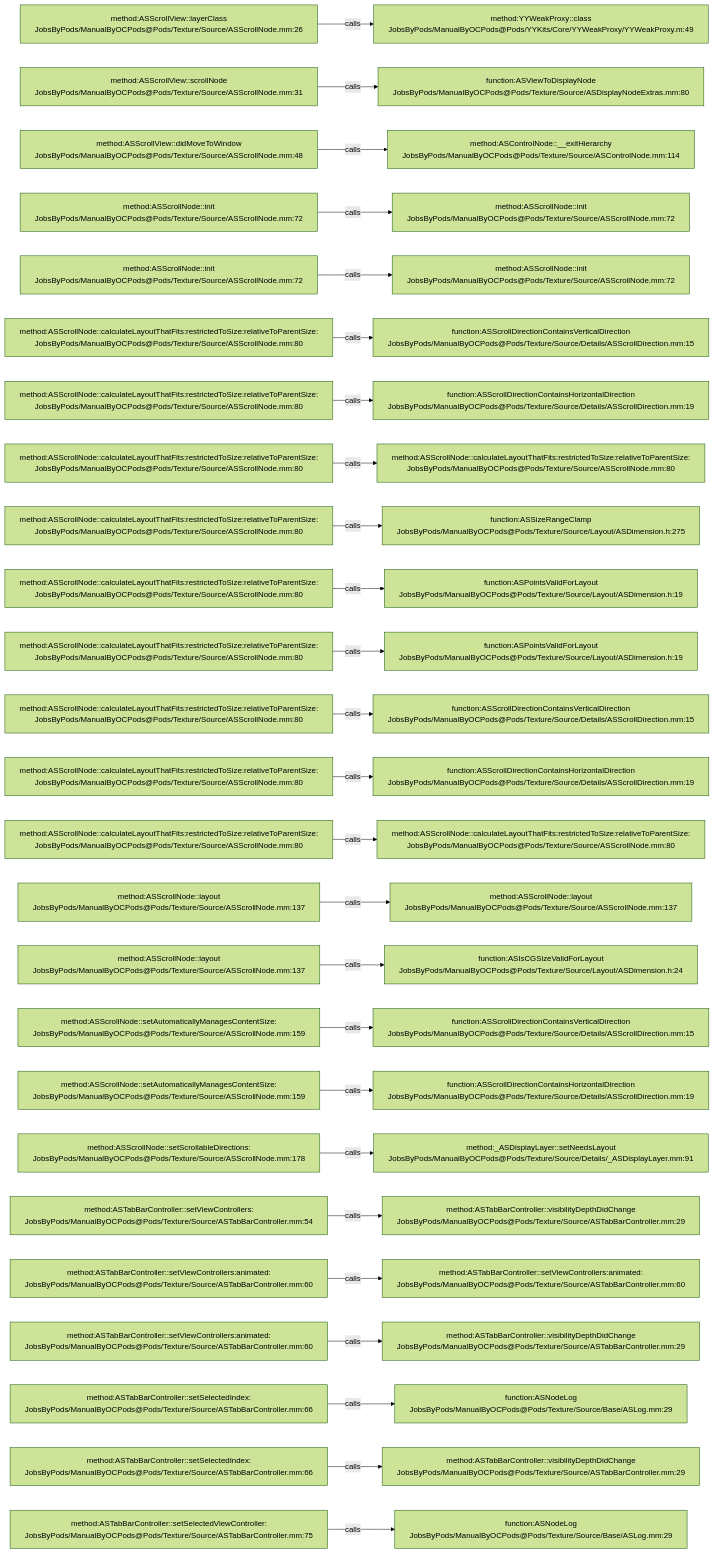
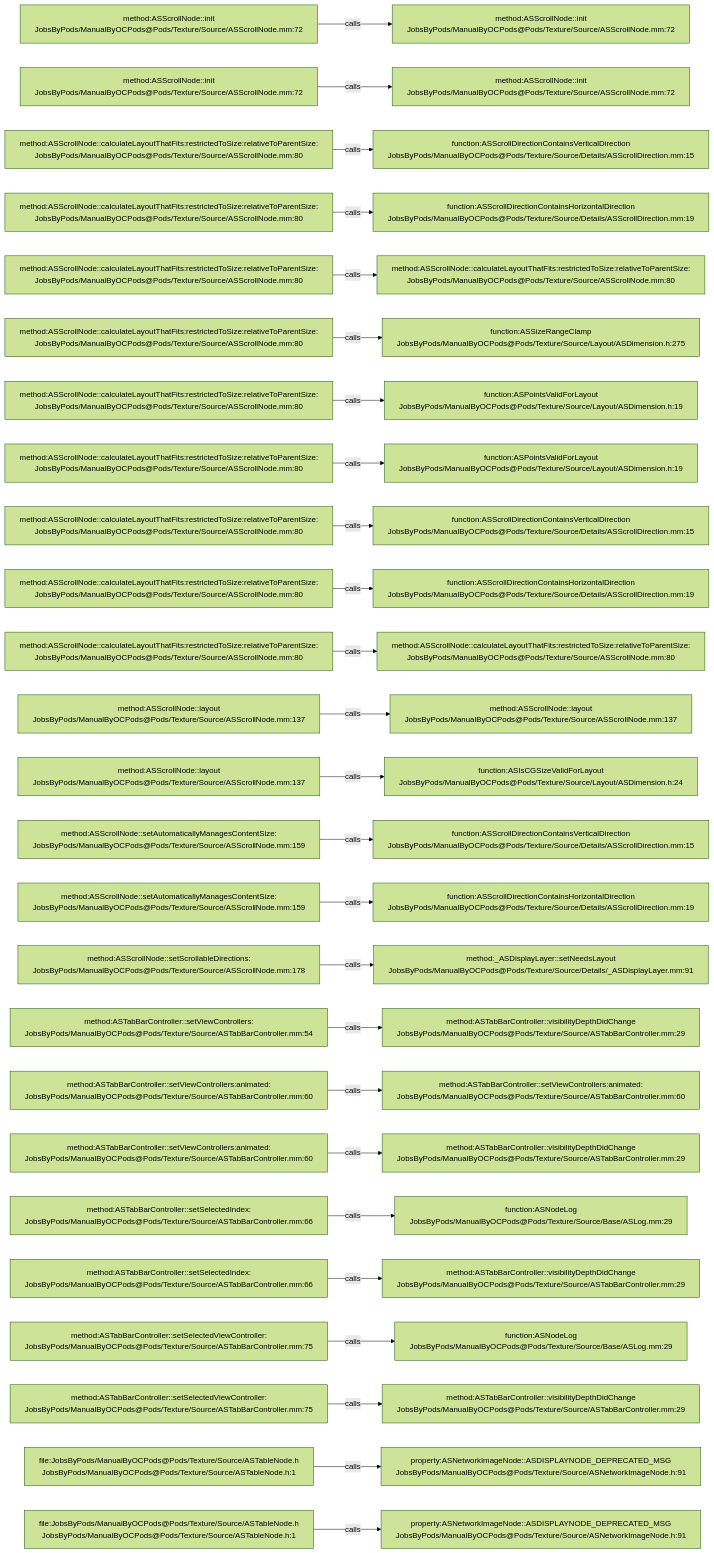
Before and after one commit to JobsKits/JobsOCBaseConfigDemo: the diagram in .codegraph/codegraph.md/graphs/calls-123.md, drawn with Mermaid (forest theme). The commit also changed 342 other files, not shown here.

````diff
--- a/.codegraph/codegraph.md/graphs/calls-123.md
+++ b/.codegraph/codegraph.md/graphs/calls-123.md
@@ -13,78 +13,78 @@
 ```mermaid
 flowchart LR
-  S1["method:ASScrollView::layerClass<br/>JobsByPods/ManualByOCPods@Pods/Texture/Source/ASScrollNode.mm:26"]
-  T1["method:YYWeakProxy::class<br/>JobsByPods/ManualByOCPods@Pods/YYKits/Core/YYWeakProxy/YYWeakProxy.m:49"]
+  S1["method:ASScrollNode::init<br/>JobsByPods/ManualByOCPods@Pods/Texture/Source/ASScrollNode.mm:72"]
+  T1["method:ASScrollNode::init<br/>JobsByPods/ManualByOCPods@Pods/Texture/Source/ASScrollNode.mm:72"]
   S1 -->|calls| T1
-  S2["method:ASScrollView::scrollNode<br/>JobsByPods/ManualByOCPods@Pods/Texture/Source/ASScrollNode.mm:31"]
-  T2["function:ASViewToDisplayNode<br/>JobsByPods/ManualByOCPods@Pods/Texture/Source/ASDisplayNodeExtras.mm:80"]
+  S2["method:ASScrollNode::init<br/>JobsByPods/ManualByOCPods@Pods/Texture/Source/ASScrollNode.mm:72"]
+  T2["method:ASScrollNode::init<br/>JobsByPods/ManualByOCPods@Pods/Texture/Source/ASScrollNode.mm:72"]
   S2 -->|calls| T2
-  S3["method:ASScrollView::didMoveToWindow<br/>JobsByPods/ManualByOCPods@Pods/Texture/Source/ASScrollNode.mm:48"]
-  T3["method:ASControlNode::__exitHierarchy<br/>JobsByPods/ManualByOCPods@Pods/Texture/Source/ASControlNode.mm:114"]
+  S3["method:ASScrollNode::calculateLayoutThatFits:restrictedToSize:relativeToParentSize:<br/>JobsByPods/ManualByOCPods@Pods/Texture/Source/ASScrollNode.mm:80"]
+  T3["function:ASScrollDirectionContainsVerticalDirection<br/>JobsByPods/ManualByOCPods@Pods/Texture/Source/Details/ASScrollDirection.mm:15"]
   S3 -->|calls| T3
-  S4["method:ASScrollNode::init<br/>JobsByPods/ManualByOCPods@Pods/Texture/Source/ASScrollNode.mm:72"]
-  T4["method:ASScrollNode::init<br/>JobsByPods/ManualByOCPods@Pods/Texture/Source/ASScrollNode.mm:72"]
+  S4["method:ASScrollNode::calculateLayoutThatFits:restrictedToSize:relativeToParentSize:<br/>JobsByPods/ManualByOCPods@Pods/Texture/Source/ASScrollNode.mm:80"]
+  T4["function:ASScrollDirectionContainsHorizontalDirection<br/>JobsByPods/ManualByOCPods@Pods/Texture/Source/Details/ASScrollDirection.mm:19"]
   S4 -->|calls| T4
-  S5["method:ASScrollNode::init<br/>JobsByPods/ManualByOCPods@Pods/Texture/Source/ASScrollNode.mm:72"]
-  T5["method:ASScrollNode::init<br/>JobsByPods/ManualByOCPods@Pods/Texture/Source/ASScrollNode.mm:72"]
+  S5["method:ASScrollNode::calculateLayoutThatFits:restrictedToSize:relativeToParentSize:<br/>JobsByPods/ManualByOCPods@Pods/Texture/Source/ASScrollNode.mm:80"]
+  T5["method:ASScrollNode::calculateLayoutThatFits:restrictedToSize:relativeToParentSize:<br/>JobsByPods/ManualByOCPods@Pods/Texture/Source/ASScrollNode.mm:80"]
   S5 -->|calls| T5
   S6["method:ASScrollNode::calculateLayoutThatFits:restrictedToSize:relativeToParentSize:<br/>JobsByPods/ManualByOCPods@Pods/Texture/Source/ASScrollNode.mm:80"]
-  T6["function:ASScrollDirectionContainsVerticalDirection<br/>JobsByPods/ManualByOCPods@Pods/Texture/Source/Details/ASScrollDirection.mm:15"]
+  T6["function:ASSizeRangeClamp<br/>JobsByPods/ManualByOCPods@Pods/Texture/Source/Layout/ASDimension.h:275"]
   S6 -->|calls| T6
   S7["method:ASScrollNode::calculateLayoutThatFits:restrictedToSize:relativeToParentSize:<br/>JobsByPods/ManualByOCPods@Pods/Texture/Source/ASScrollNode.mm:80"]
-  T7["function:ASScrollDirectionContainsHorizontalDirection<br/>JobsByPods/ManualByOCPods@Pods/Texture/Source/Details/ASScrollDirection.mm:19"]
+  T7["function:ASPointsValidForLayout<br/>JobsByPods/ManualByOCPods@Pods/Texture/Source/Layout/ASDimension.h:19"]
   S7 -->|calls| T7
   S8["method:ASScrollNode::calculateLayoutThatFits:restrictedToSize:relativeToParentSize:<br/>JobsByPods/ManualByOCPods@Pods/Texture/Source/ASScrollNode.mm:80"]
-  T8["method:ASScrollNode::calculateLayoutThatFits:restrictedToSize:relativeToParentSize:<br/>JobsByPods/ManualByOCPods@Pods/Texture/Source/ASScrollNode.mm:80"]
+  T8["function:ASPointsValidForLayout<br/>JobsByPods/ManualByOCPods@Pods/Texture/Source/Layout/ASDimension.h:19"]
   S8 -->|calls| T8
   S9["method:ASScrollNode::calculateLayoutThatFits:restrictedToSize:relativeToParentSize:<br/>JobsByPods/ManualByOCPods@Pods/Texture/Source/ASScrollNode.mm:80"]
-  T9["function:ASSizeRangeClamp<br/>JobsByPods/ManualByOCPods@Pods/Texture/Source/Layout/ASDimension.h:275"]
+  T9["function:ASScrollDirectionContainsVerticalDirection<br/>JobsByPods/ManualByOCPods@Pods/Texture/Source/Details/ASScrollDirection.mm:15"]
   S9 -->|calls| T9
   S10["method:ASScrollNode::calculateLayoutThatFits:restrictedToSize:relativeToParentSize:<br/>JobsByPods/ManualByOCPods@Pods/Texture/Source/ASScrollNode.mm:80"]
-  T10["function:ASPointsValidForLayout<br/>JobsByPods/ManualByOCPods@Pods/Texture/Source/Layout/ASDimension.h:19"]
+  T10["function:ASScrollDirectionContainsHorizontalDirection<br/>JobsByPods/ManualByOCPods@Pods/Texture/Source/Details/ASScrollDirection.mm:19"]
   S10 -->|calls| T10
   S11["method:ASScrollNode::calculateLayoutThatFits:restrictedToSize:relativeToParentSize:<br/>JobsByPods/ManualByOCPods@Pods/Texture/Source/ASScrollNode.mm:80"]
-  T11["function:ASPointsValidForLayout<br/>JobsByPods/ManualByOCPods@Pods/Texture/Source/Layout/ASDimension.h:19"]
+  T11["method:ASScrollNode::calculateLayoutThatFits:restrictedToSize:relativeToParentSize:<br/>JobsByPods/ManualByOCPods@Pods/Texture/Source/ASScrollNode.mm:80"]
   S11 -->|calls| T11
-  S12["method:ASScrollNode::calculateLayoutThatFits:restrictedToSize:relativeToParentSize:<br/>JobsByPods/ManualByOCPods@Pods/Texture/Source/ASScrollNode.mm:80"]
-  T12["function:ASScrollDirectionContainsVerticalDirection<br/>JobsByPods/ManualByOCPods@Pods/Texture/Source/Details/ASScrollDirection.mm:15"]
+  S12["method:ASScrollNode::layout<br/>JobsByPods/ManualByOCPods@Pods/Texture/Source/ASScrollNode.mm:137"]
+  T12["method:ASScrollNode::layout<br/>JobsByPods/ManualByOCPods@Pods/Texture/Source/ASScrollNode.mm:137"]
   S12 -->|calls| T12
-  S13["method:ASScrollNode::calculateLayoutThatFits:restrictedToSize:relativeToParentSize:<br/>JobsByPods/ManualByOCPods@Pods/Texture/Source/ASScrollNode.mm:80"]
-  T13["function:ASScrollDirectionContainsHorizontalDirection<br/>JobsByPods/ManualByOCPods@Pods/Texture/Source/Details/ASScrollDirection.mm:19"]
+  S13["method:ASScrollNode::layout<br/>JobsByPods/ManualByOCPods@Pods/Texture/Source/ASScrollNode.mm:137"]
+  T13["function:ASIsCGSizeValidForLayout<br/>JobsByPods/ManualByOCPods@Pods/Texture/Source/Layout/ASDimension.h:24"]
   S13 -->|calls| T13
-  S14["method:ASScrollNode::calculateLayoutThatFits:restrictedToSize:relativeToParentSize:<br/>JobsByPods/ManualByOCPods@Pods/Texture/Source/ASScrollNode.mm:80"]
-  T14["method:ASScrollNode::calculateLayoutThatFits:restrictedToSize:relativeToParentSize:<br/>JobsByPods/ManualByOCPods@Pods/Texture/Source/ASScrollNode.mm:80"]
+  S14["method:ASScrollNode::setAutomaticallyManagesContentSize:<br/>JobsByPods/ManualByOCPods@Pods/Texture/Source/ASScrollNode.mm:159"]
+  T14["function:ASScrollDirectionContainsVerticalDirection<br/>JobsByPods/ManualByOCPods@Pods/Texture/Source/Details/ASScrollDirection.mm:15"]
   S14 -->|calls| T14
-  S15["method:ASScrollNode::layout<br/>JobsByPods/ManualByOCPods@Pods/Texture/Source/ASScrollNode.mm:137"]
-  T15["method:ASScrollNode::layout<br/>JobsByPods/ManualByOCPods@Pods/Texture/Source/ASScrollNode.mm:137"]
+  S15["method:ASScrollNode::setAutomaticallyManagesContentSize:<br/>JobsByPods/ManualByOCPods@Pods/Texture/Source/ASScrollNode.mm:159"]
+  T15["function:ASScrollDirectionContainsHorizontalDirection<br/>JobsByPods/ManualByOCPods@Pods/Texture/Source/Details/ASScrollDirection.mm:19"]
   S15 -->|calls| T15
-  S16["method:ASScrollNode::layout<br/>JobsByPods/ManualByOCPods@Pods/Texture/Source/ASScrollNode.mm:137"]
-  T16["function:ASIsCGSizeValidForLayout<br/>JobsByPods/ManualByOCPods@Pods/Texture/Source/Layout/ASDimension.h:24"]
+  S16["method:ASScrollNode::setScrollableDirections:<br/>JobsByPods/ManualByOCPods@Pods/Texture/Source/ASScrollNode.mm:178"]
+  T16["method:_ASDisplayLayer::setNeedsLayout<br/>JobsByPods/ManualByOCPods@Pods/Texture/Source/Details/_ASDisplayLayer.mm:91"]
   S16 -->|calls| T16
-  S17["method:ASScrollNode::setAutomaticallyManagesContentSize:<br/>JobsByPods/ManualByOCPods@Pods/Texture/Source/ASScrollNode.mm:159"]
-  T17["function:ASScrollDirectionContainsVerticalDirection<br/>JobsByPods/ManualByOCPods@Pods/Texture/Source/Details/ASScrollDirection.mm:15"]
+  S17["method:ASTabBarController::setViewControllers:<br/>JobsByPods/ManualByOCPods@Pods/Texture/Source/ASTabBarController.mm:54"]
+  T17["method:ASTabBarController::visibilityDepthDidChange<br/>JobsByPods/ManualByOCPods@Pods/Texture/Source/ASTabBarController.mm:29"]
   S17 -->|calls| T17
-  S18["method:ASScrollNode::setAutomaticallyManagesContentSize:<br/>JobsByPods/ManualByOCPods@Pods/Texture/Source/ASScrollNode.mm:159"]
-  T18["function:ASScrollDirectionContainsHorizontalDirection<br/>JobsByPods/ManualByOCPods@Pods/Texture/Source/Details/ASScrollDirection.mm:19"]
+  S18["method:ASTabBarController::setViewControllers:animated:<br/>JobsByPods/ManualByOCPods@Pods/Texture/Source/ASTabBarController.mm:60"]
+  T18["method:ASTabBarController::setViewControllers:animated:<br/>JobsByPods/ManualByOCPods@Pods/Texture/Source/ASTabBarController.mm:60"]
   S18 -->|calls| T18
-  S19["method:ASScrollNode::setScrollableDirections:<br/>JobsByPods/ManualByOCPods@Pods/Texture/Source/ASScrollNode.mm:178"]
-  T19["method:_ASDisplayLayer::setNeedsLayout<br/>JobsByPods/ManualByOCPods@Pods/Texture/Source/Details/_ASDisplayLayer.mm:91"]
+  S19["method:ASTabBarController::setViewControllers:animated:<br/>JobsByPods/ManualByOCPods@Pods/Texture/Source/ASTabBarController.mm:60"]
+  T19["method:ASTabBarController::visibilityDepthDidChange<br/>JobsByPods/ManualByOCPods@Pods/Texture/Source/ASTabBarController.mm:29"]
   S19 -->|calls| T19
-  S20["method:ASTabBarController::setViewControllers:<br/>JobsByPods/ManualByOCPods@Pods/Texture/Source/ASTabBarController.mm:54"]
-  T20["method:ASTabBarController::visibilityDepthDidChange<br/>JobsByPods/ManualByOCPods@Pods/Texture/Source/ASTabBarController.mm:29"]
+  S20["method:ASTabBarController::setSelectedIndex:<br/>JobsByPods/ManualByOCPods@Pods/Texture/Source/ASTabBarController.mm:66"]
+  T20["function:ASNodeLog<br/>JobsByPods/ManualByOCPods@Pods/Texture/Source/Base/ASLog.mm:29"]
   S20 -->|calls| T20
-  S21["method:ASTabBarController::setViewControllers:animated:<br/>JobsByPods/ManualByOCPods@Pods/Texture/Source/ASTabBarController.mm:60"]
-  T21["method:ASTabBarController::setViewControllers:animated:<br/>JobsByPods/ManualByOCPods@Pods/Texture/Source/ASTabBarController.mm:60"]
+  S21["method:ASTabBarController::setSelectedIndex:<br/>JobsByPods/ManualByOCPods@Pods/Texture/Source/ASTabBarController.mm:66"]
+  T21["method:ASTabBarController::visibilityDepthDidChange<br/>JobsByPods/ManualByOCPods@Pods/Texture/Source/ASTabBarController.mm:29"]
   S21 -->|calls| T21
-  S22["method:ASTabBarController::setViewControllers:animated:<br/>JobsByPods/ManualByOCPods@Pods/Texture/Source/ASTabBarController.mm:60"]
-  T22["method:ASTabBarController::visibilityDepthDidChange<br/>JobsByPods/ManualByOCPods@Pods/Texture/Source/ASTabBarController.mm:29"]
+  S22["method:ASTabBarController::setSelectedViewController:<br/>JobsByPods/ManualByOCPods@Pods/Texture/Source/ASTabBarController.mm:75"]
+  T22["function:ASNodeLog<br/>JobsByPods/ManualByOCPods@Pods/Texture/Source/Base/ASLog.mm:29"]
   S22 -->|calls| T22
-  S23["method:ASTabBarController::setSelectedIndex:<br/>JobsByPods/ManualByOCPods@Pods/Texture/Source/ASTabBarController.mm:66"]
-  T23["function:ASNodeLog<br/>JobsByPods/ManualByOCPods@Pods/Texture/Source/Base/ASLog.mm:29"]
+  S23["method:ASTabBarController::setSelectedViewController:<br/>JobsByPods/ManualByOCPods@Pods/Texture/Source/ASTabBarController.mm:75"]
+  T23["method:ASTabBarController::visibilityDepthDidChange<br/>JobsByPods/ManualByOCPods@Pods/Texture/Source/ASTabBarController.mm:29"]
   S23 -->|calls| T23
-  S24["method:ASTabBarController::setSelectedIndex:<br/>JobsByPods/ManualByOCPods@Pods/Texture/Source/ASTabBarController.mm:66"]
-  T24["method:ASTabBarController::visibilityDepthDidChange<br/>JobsByPods/ManualByOCPods@Pods/Texture/Source/ASTabBarController.mm:29"]
+  S24["file:JobsByPods/ManualByOCPods@Pods/Texture/Source/ASTableNode.h<br/>JobsByPods/ManualByOCPods@Pods/Texture/Source/ASTableNode.h:1"]
+  T24["property:ASNetworkImageNode::ASDISPLAYNODE_DEPRECATED_MSG<br/>JobsByPods/ManualByOCPods@Pods/Texture/Source/ASNetworkImageNode.h:91"]
   S24 -->|calls| T24
-  S25["method:ASTabBarController::setSelectedViewController:<br/>JobsByPods/ManualByOCPods@Pods/Texture/Source/ASTabBarController.mm:75"]
-  T25["function:ASNodeLog<br/>JobsByPods/ManualByOCPods@Pods/Texture/Source/Base/ASLog.mm:29"]
+  S25["file:JobsByPods/ManualByOCPods@Pods/Texture/Source/ASTableNode.h<br/>JobsByPods/ManualByOCPods@Pods/Texture/Source/ASTableNode.h:1"]
+  T25["property:ASNetworkImageNode::ASDISPLAYNODE_DEPRECATED_MSG<br/>JobsByPods/ManualByOCPods@Pods/Texture/Source/ASNetworkImageNode.h:91"]
   S25 -->|calls| T25
 ```
````
